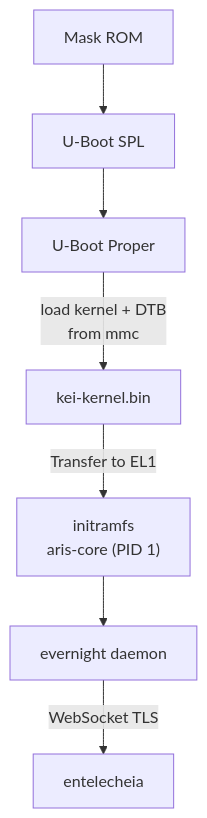
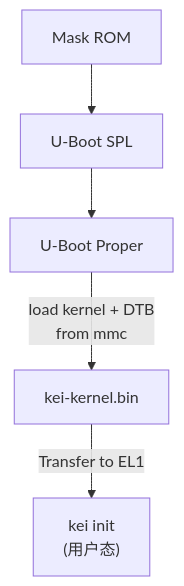
The fourth of 4 diagrams in docs/zhs/guides/deployment.md (langyo/kei), drawn with Mermaid before and after one commit. The commit also changed other lines of this file and 1283 other files, not shown here.

````diff
--- a/docs/zhs/guides/deployment.md
+++ b/docs/zhs/guides/deployment.md
@@ -170,9 +164,7 @@
 ```mermaid
 flowchart TB
     ROM["Mask ROM"] --> SPL["U-Boot SPL"]
     SPL --> TPL["U-Boot Proper"]
     TPL -->|"load kernel + DTB\nfrom mmc"| KEI["kei-kernel.bin"]
-    KEI -->|"Transfer to EL1"| INIT["initramfs\naris-core (PID 1)"]
-    INIT --> EVN["evernight daemon"]
-    EVN -->|"WebSocket TLS"| ENT["entelecheia"]
+    KEI -->|"Transfer to EL1"| INIT["kei init\n(用户态)"]
 ```
````
